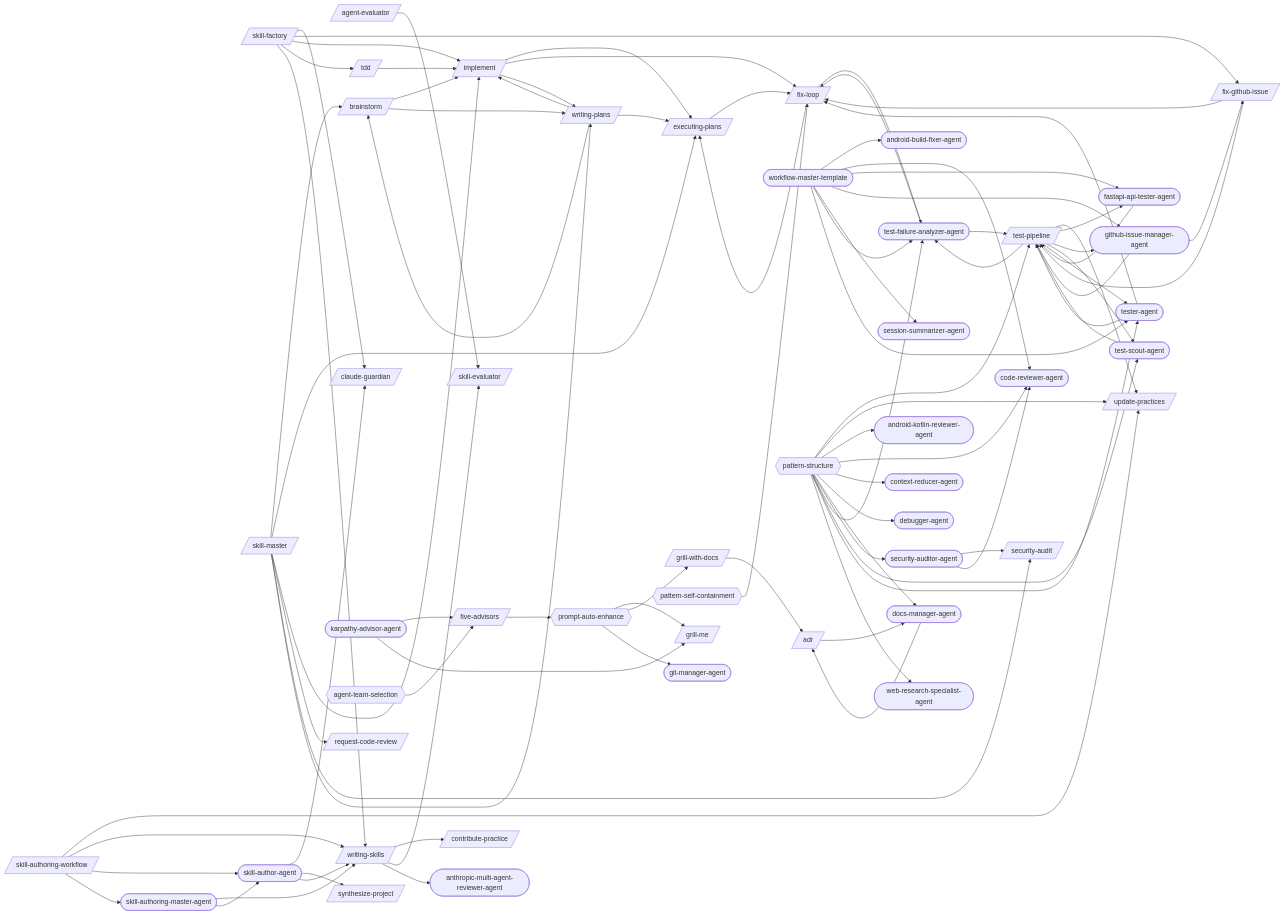
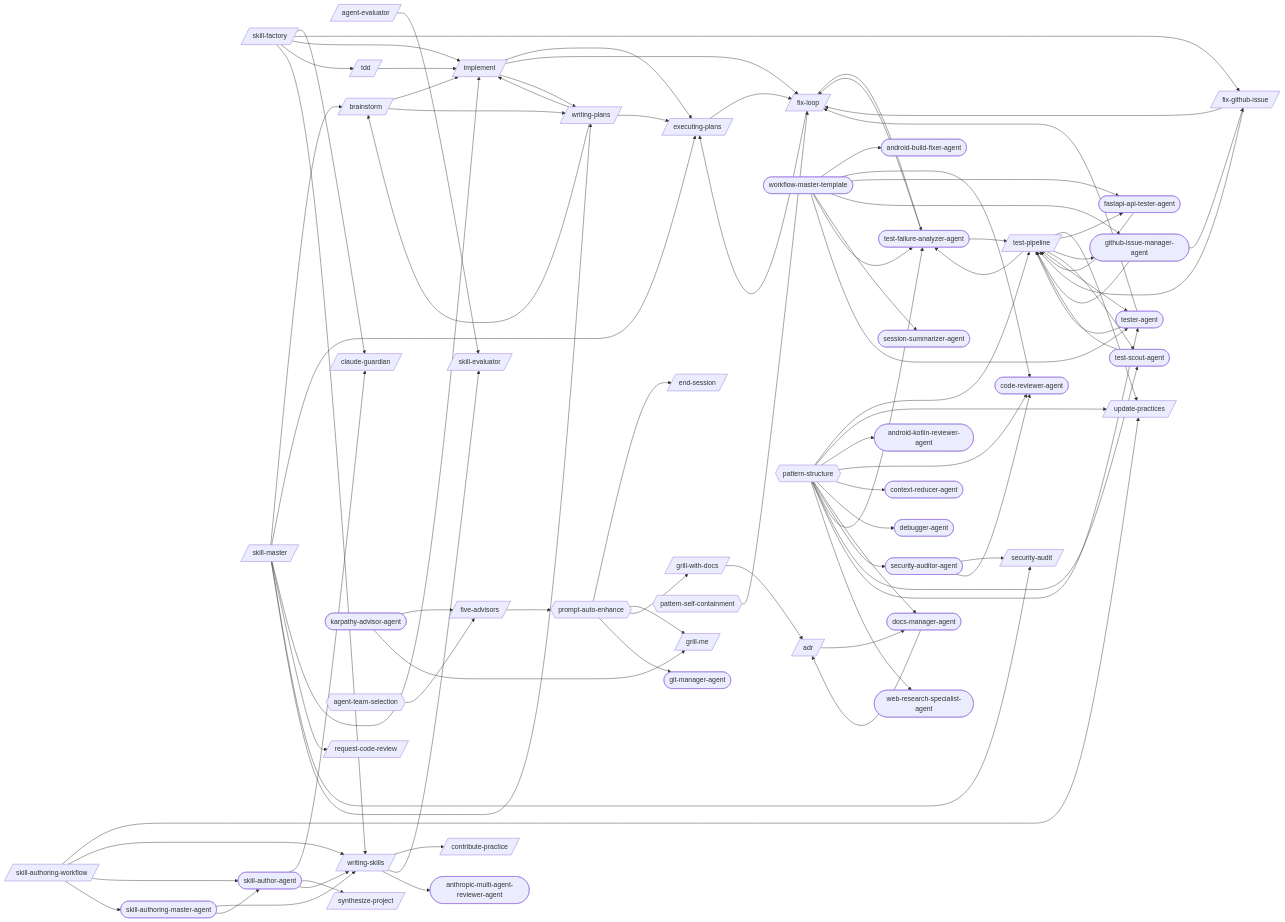
One commit to abhayla/claude-best-practices changed the first of 30 diagrams in docs/workflows/skill-authoring.md. Above: the diagram before and after it, drawn with Mermaid. The commit also changed other lines of this file and 20 other files, not shown here.

```diff
--- a/docs/workflows/skill-authoring.md
+++ b/docs/workflows/skill-authoring.md
@@ -13,6 +13,7 @@
     brainstorm[/brainstorm/]
     claude_guardian[/claude-guardian/]
     contribute_practice[/contribute-practice/]
+    end_session[/end-session/]
     executing_plans[/executing-plans/]
     five_advisors[/five-advisors/]
     fix_github_issue[/fix-github-issue/]
@@ -70,6 +71,7 @@
     implement --> executing_plans
     implement --> fix_loop
     implement --> writing_plans
+    prompt_auto_enhance --> end_session
     prompt_auto_enhance --> grill_me
     prompt_auto_enhance --> grill_with_docs
     prompt_auto_enhance --> git_manager_agent
```
